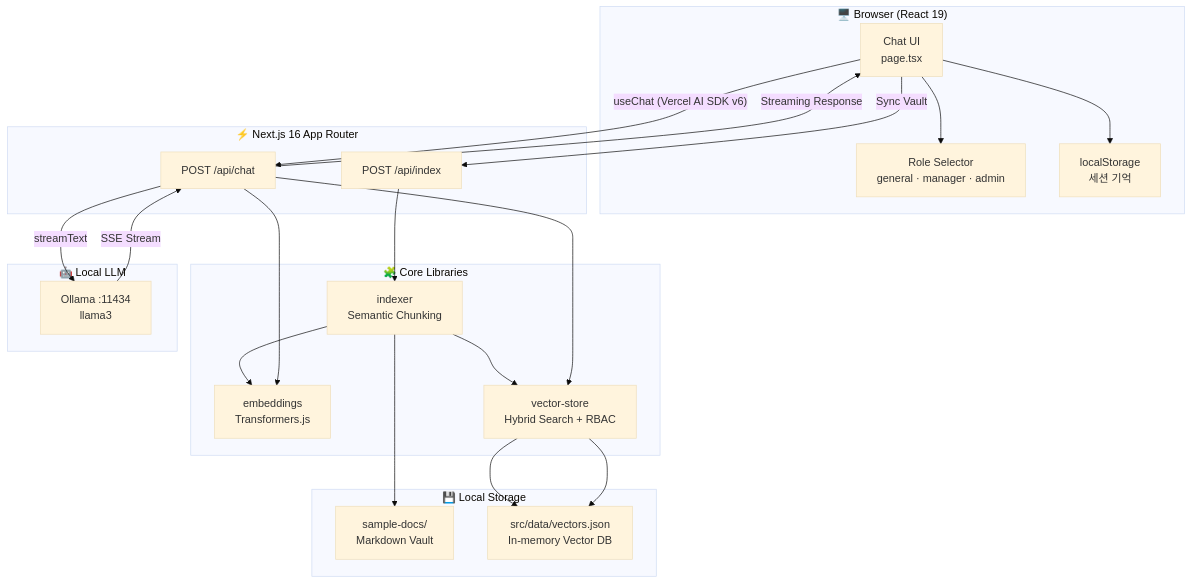
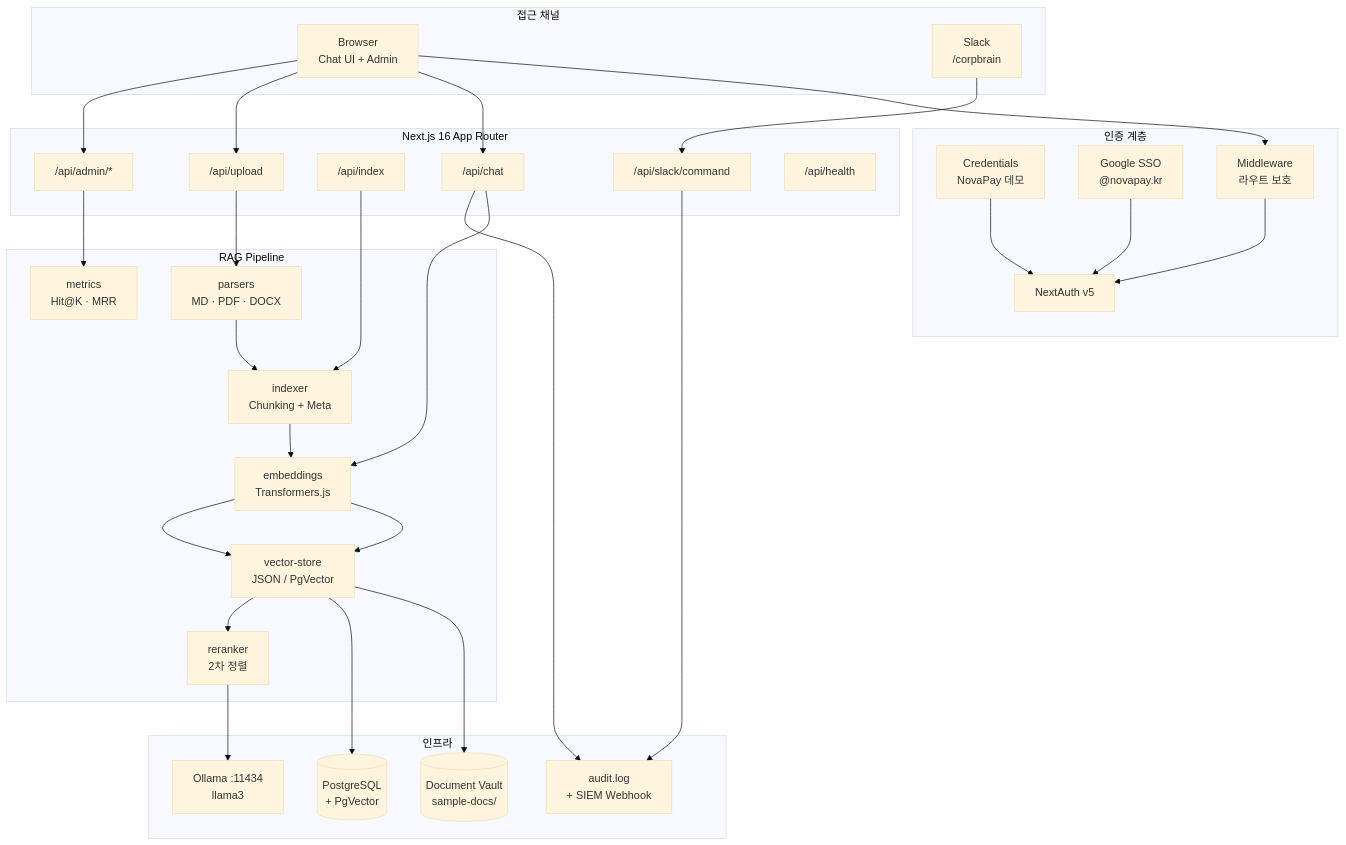
Before and after one commit to dayainow/corp-brain: the first of 11 diagrams in README.md, drawn with Mermaid (base theme). The commit also changed other lines of this file, not shown here.

First line of the commit message:
docs: README 전면 업데이트 — 최신 기능 및 아키텍처 다이어그램 반영

````diff
--- a/README.md
+++ b/README.md
@@ -24,46 +29,53 @@
 ```mermaid
 flowchart TB
-    subgraph Client["🖥️ Browser (React 19)"]
-        UI["Chat UI<br/>page.tsx"]
-        RoleSelect["Role Selector<br/>general · manager · admin"]
-        LocalStorage["localStorage<br/>세션 기억"]
-        UI --> RoleSelect
-        UI --> LocalStorage
+    subgraph Clients["접근 채널"]
+        Browser["Browser<br/>Chat UI + Admin"]
+        Slack["Slack<br/>/corpbrain"]
     end
 
-    subgraph NextJS["⚡ Next.js 16 App Router"]
-        ChatAPI["POST /api/chat"]
-        IndexAPI["POST /api/index"]
+    subgraph Auth["인증 계층"]
+        NextAuth["NextAuth v5"]
+        Creds["Credentials<br/>NovaPay 데모"]
+        Google["Google SSO<br/>@novapay.kr"]
+        Middleware["Middleware<br/>라우트 보호"]
     end
 
-    subgraph Core["🧩 Core Libraries"]
-        Indexer["indexer<br/>Semantic Chunking"]
-        Embeddings["embeddings<br/>Transformers.js"]
-        VectorStore["vector-store<br/>Hybrid Search + RBAC"]
+    subgraph App["Next.js 16 App Router"]
+        ChatAPI["/api/chat"]
+        UploadAPI["/api/upload"]
+        IndexAPI["/api/index"]
+        AdminAPI["/api/admin/*"]
+        SlackAPI["/api/slack/command"]
+        HealthAPI["/api/health"]
     end
 
-    subgraph Storage["💾 Local Storage"]
-        Vault["sample-docs/<br/>Markdown Vault"]
-        VectorsJSON["src/data/vectors.json<br/>In-memory Vector DB"]
+    subgraph RAG["RAG Pipeline"]
+        Parsers["parsers<br/>MD · PDF · DOCX"]
+        Indexer["indexer<br/>Chunking + Meta"]
+        Embed["embeddings<br/>Transformers.js"]
+        VS["vector-store<br/>JSON / PgVector"]
+        Rerank["reranker<br/>2차 정렬"]
+        Metrics["metrics<br/>Hit@K · MRR"]
     end
 
-    subgraph LLM["🤖 Local LLM"]
+    subgraph Infra["인프라"]
+        Vault[("Document Vault<br/>sample-docs/")]
+        PG[("PostgreSQL<br/>+ PgVector")]
         Ollama["Ollama :11434<br/>llama3"]
+        Audit["audit.log<br/>+ SIEM Webhook"]
     end
 
-    UI -->|"useChat (Vercel AI SDK v6)"| ChatAPI
-    UI -->|"Sync Vault"| IndexAPI
+    Browser --> Middleware --> NextAuth
+    Creds & Google --> NextAuth
+    Browser --> ChatAPI & UploadAPI & AdminAPI
+    Slack --> SlackAPI
 
+    UploadAPI --> Parsers --> Indexer
     IndexAPI --> Indexer
-    Indexer --> Vault
-    Indexer --> Embeddings
-    Indexer --> VectorStore
-    VectorStore --> VectorsJSON
+    Indexer --> Embed --> VS
+    VS --> Vault & PG
 
-    ChatAPI --> Embeddings
-    ChatAPI --> VectorStore
-    VectorStore --> VectorsJSON
-    ChatAPI -->|"streamText"| Ollama
-    Ollama -->|"SSE Stream"| ChatAPI
-    ChatAPI -->|"Streaming Response"| UI
+    ChatAPI --> Embed --> VS --> Rerank --> Ollama
+    ChatAPI & SlackAPI --> Audit
+    AdminAPI --> Metrics
 ```
````
